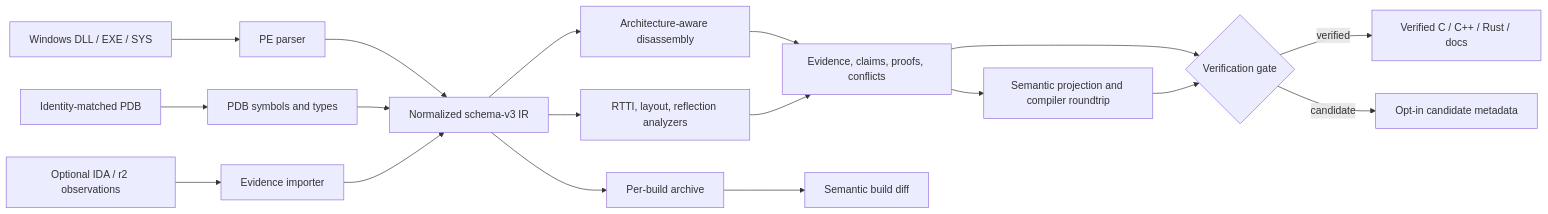
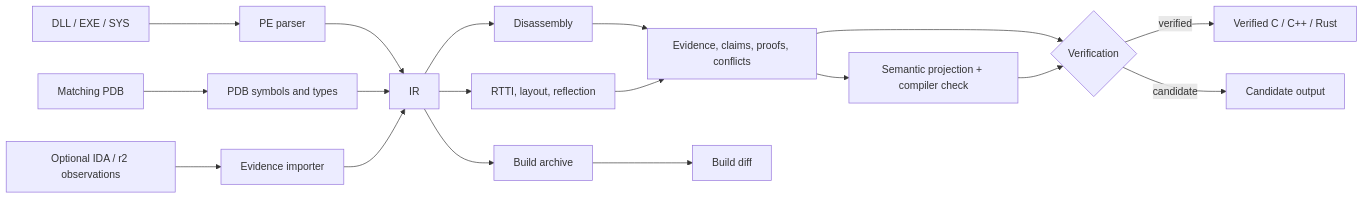
The diagram in docs/architecture.md (razecrs/windissect), drawn with Mermaid before and after one commit. The commit also changed other lines of this file and 32 other files, not shown here.

````diff
--- a/docs/architecture.md
+++ b/docs/architecture.md
@@ -7,20 +7,20 @@
 ```mermaid
 flowchart LR
-    A[Windows DLL / EXE / SYS] --> B[PE parser]
-    P[Identity-matched PDB] --> C[PDB symbols and types]
-    B --> D[Normalized schema-v3 IR]
+    A[DLL / EXE / SYS] --> B[PE parser]
+    P[Matching PDB] --> C[PDB symbols and types]
+    B --> D[IR]
     C --> D
     O[Optional IDA / r2 observations] --> E[Evidence importer]
     E --> D
-    D --> F[Architecture-aware disassembly]
-    D --> G[RTTI, layout, reflection analyzers]
+    D --> F[Disassembly]
+    D --> G[RTTI, layout, reflection]
     F --> H[Evidence, claims, proofs, conflicts]
     G --> H
-    H --> V{Verification gate}
-    V -->|verified| I[Verified C / C++ / Rust / docs]
-    V -->|candidate| J[Opt-in candidate metadata]
-    H --> S[Semantic projection and compiler roundtrip]
+    H --> V{Verification}
+    V -->|verified| I[Verified C / C++ / Rust]
+    V -->|candidate| J[Candidate output]
+    H --> S[Semantic projection + compiler check]
     S --> V
-    D --> K[Per-build archive]
-    K --> L[Semantic build diff]
+    D --> K[Build archive]
+    K --> L[Build diff]
 ```
````
